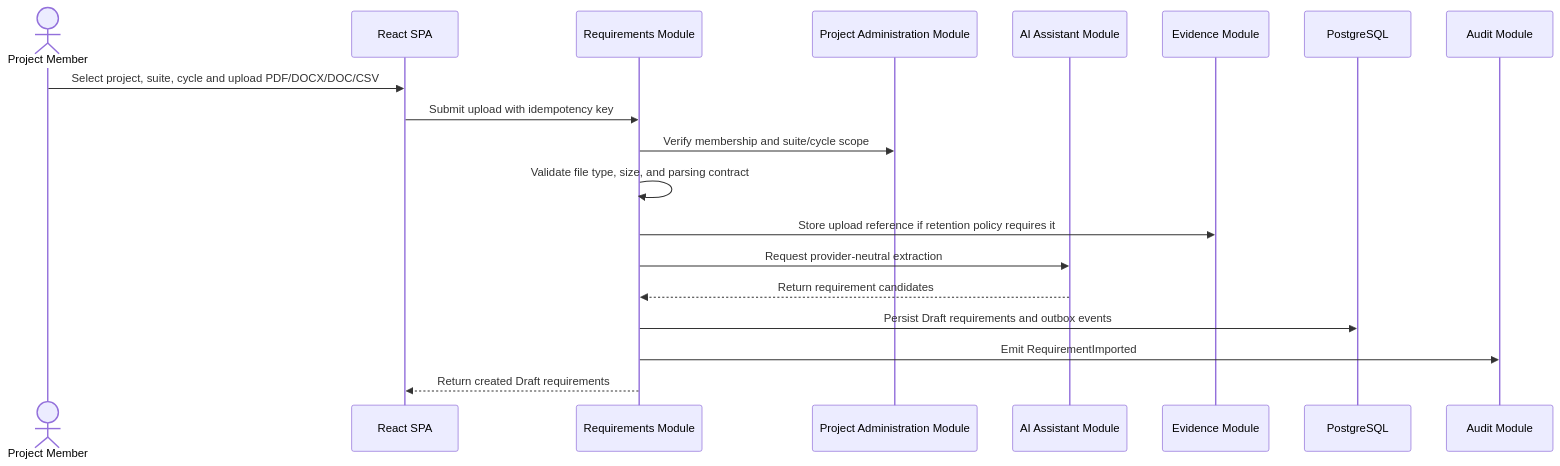
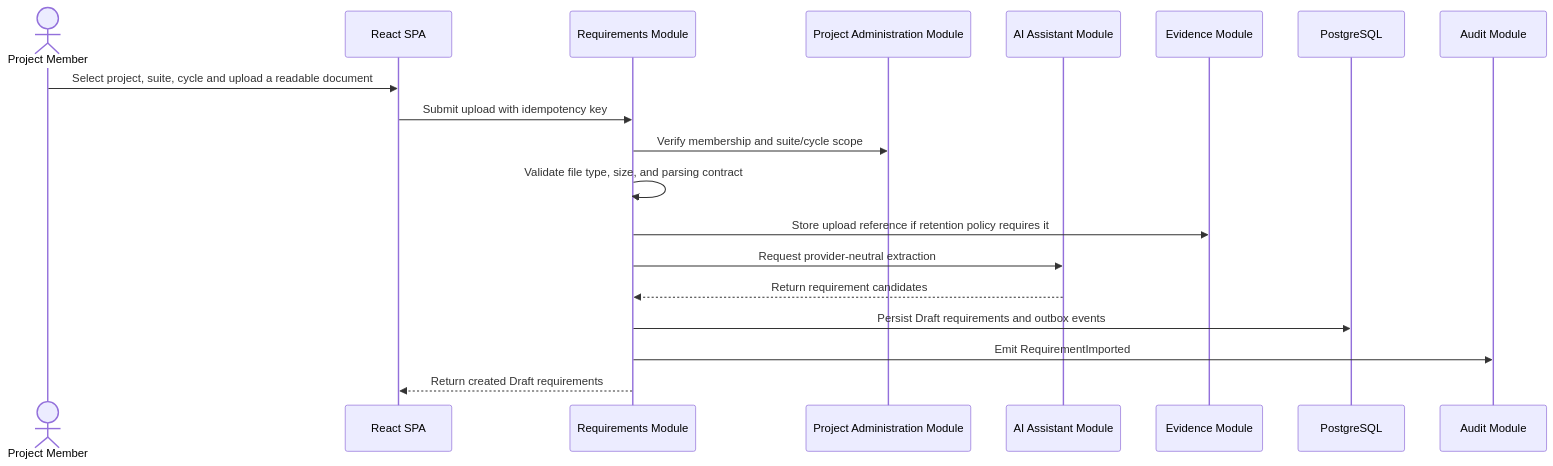
Before and after one commit to KeerthiPendiyala/C-WFMTestingTool: the second of 5 diagrams in docs/architecture/data-flow.md, drawn with Mermaid. The commit also changed other lines of this file and 55 other files, not shown here.

````diff
--- a/docs/architecture/data-flow.md
+++ b/docs/architecture/data-flow.md
@@ -35,22 +35,22 @@
 ```mermaid
 sequenceDiagram
     actor Member as Project Member
     participant SPA as React SPA
     participant Req as Requirements Module
     participant Project as Project Administration Module
     participant AI as AI Assistant Module
     participant Evidence as Evidence Module
     participant DB as PostgreSQL
     participant Audit as Audit Module
 
-    Member->>SPA: Select project, suite, cycle and upload PDF/DOCX/DOC/CSV
+    Member->>SPA: Select project, suite, cycle and upload a readable document
     SPA->>Req: Submit upload with idempotency key
     Req->>Project: Verify membership and suite/cycle scope
     Req->>Req: Validate file type, size, and parsing contract
     Req->>Evidence: Store upload reference if retention policy requires it
     Req->>AI: Request provider-neutral extraction
     AI-->>Req: Return requirement candidates
     Req->>DB: Persist Draft requirements and outbox events
     Req->>Audit: Emit RequirementImported
     Req-->>SPA: Return created Draft requirements
 ```
````
